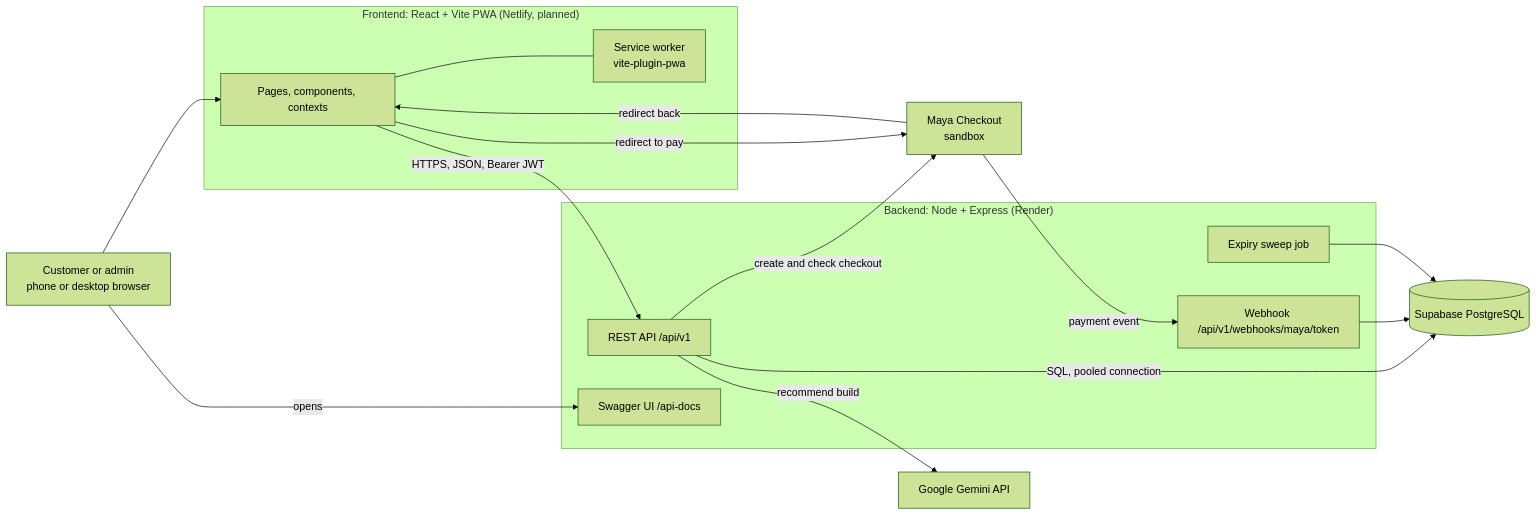
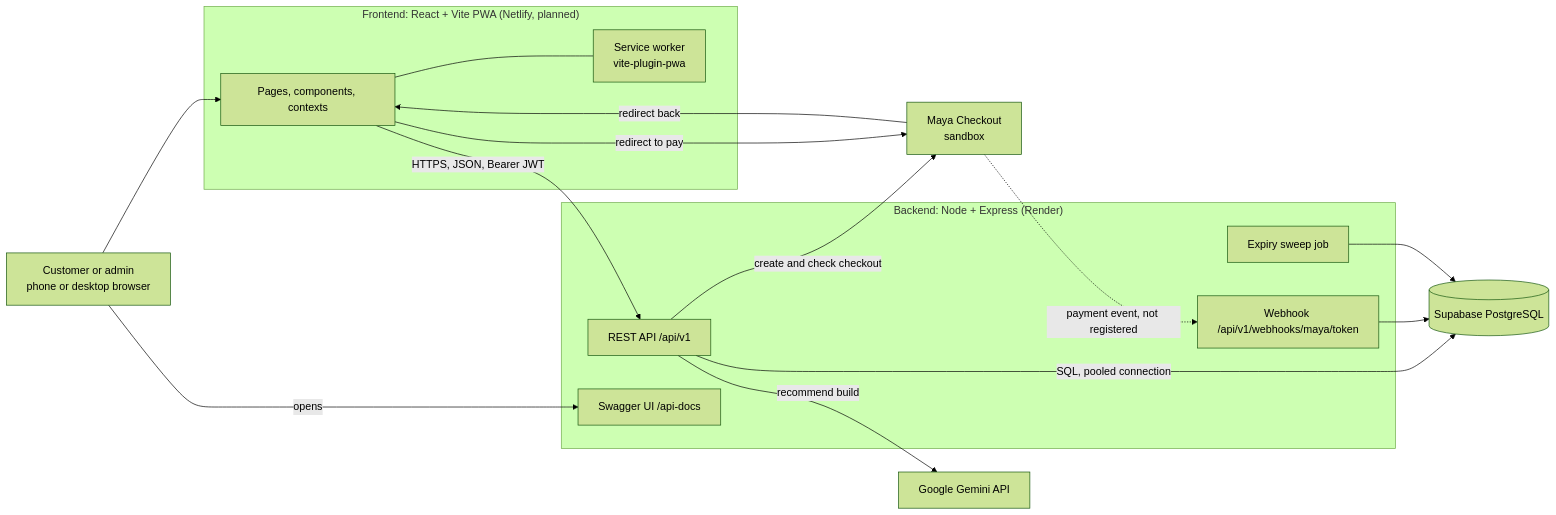
Before and after one commit to angeloalindayo151306-blip/pc-parts-store: the first of 2 diagrams in docs/architecture.md, drawn with Mermaid (forest theme). The commit also changed other lines of this file and 1 other file, not shown here.

Commit message:
docs: diagrams confirmed on GitHub, webhook not registered in architecture

````diff
--- a/docs/architecture.md
+++ b/docs/architecture.md
@@ -7,33 +7,33 @@
 ```mermaid
 flowchart LR
     user["Customer or admin<br/>phone or desktop browser"]
 
     subgraph front["Frontend: React + Vite PWA (Netlify, planned)"]
         ui["Pages, components, contexts"]
         sw["Service worker<br/>vite-plugin-pwa"]
     end
 
     subgraph back["Backend: Node + Express (Render)"]
         api["REST API /api/v1"]
         docs["Swagger UI /api-docs"]
         hook["Webhook /api/v1/webhooks/maya/token"]
         job["Expiry sweep job"]
     end
 
     db[("Supabase PostgreSQL")]
     maya["Maya Checkout<br/>sandbox"]
     gemini["Google Gemini API"]
 
     user --> ui
     ui --- sw
     ui -->|"HTTPS, JSON, Bearer JWT"| api
     user -->|"opens"| docs
     api -->|"SQL, pooled connection"| db
     api -->|"create and check checkout"| maya
     api -->|"recommend build"| gemini
-    maya -->|"payment event"| hook
+    maya -.->|"payment event, not registered"| hook
     hook --> db
     job --> db
     ui -->|"redirect to pay"| maya
     maya -->|"redirect back"| ui
 ```
````
